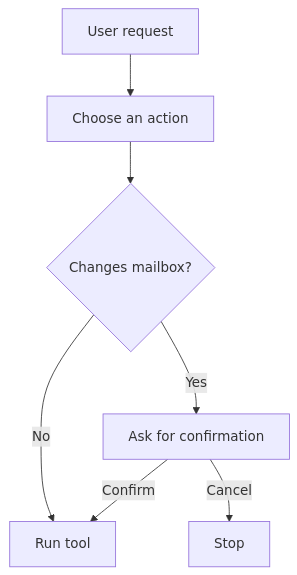
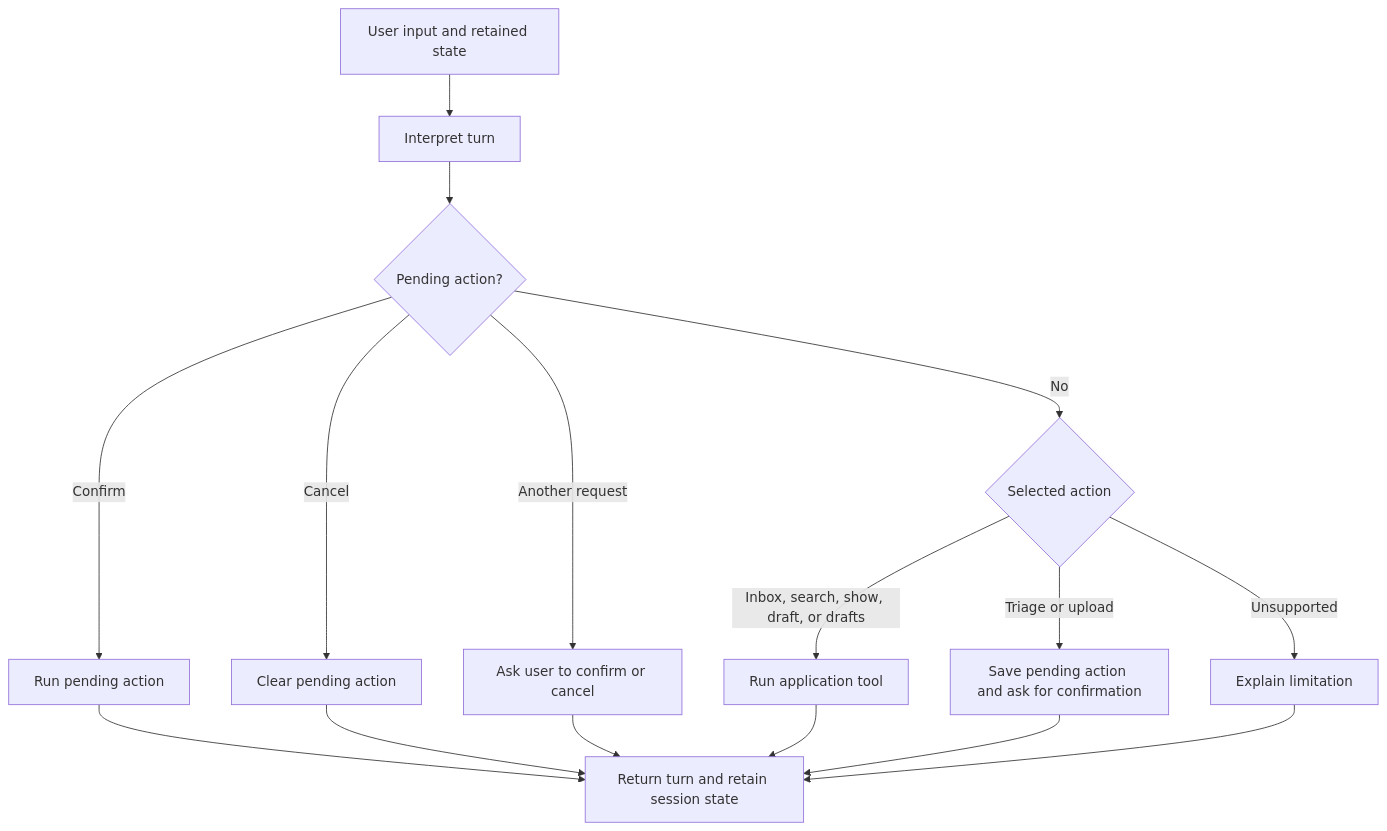
One commit to heratyian/email-agent changed the diagram in README.md. Above: the diagram before and after it, drawn with Mermaid. The commit also changed other lines of this file and 4 other files, not shown here.

````diff
--- a/README.md
+++ b/README.md
@@ -130,9 +46,18 @@
 ```mermaid
 flowchart TD
-    A[User request] --> B[Choose an action]
-    B --> C{Changes mailbox?}
-    C -->|No| D[Run tool]
-    C -->|Yes| E[Ask for confirmation]
-    E -->|Confirm| D
-    E -->|Cancel| F[Stop]
+    A[User input and retained state] --> B[Interpret turn]
+    B --> C{Pending action?}
+    C -->|Confirm| D[Run pending action]
+    C -->|Cancel| E[Clear pending action]
+    C -->|Another request| F[Ask user to confirm or cancel]
+    C -->|No| G{Selected action}
+    G -->|Inbox, search, show, draft, or drafts| H[Run application tool]
+    G -->|Triage or upload| I[Save pending action and ask for confirmation]
+    G -->|Unsupported| J[Explain limitation]
+    D --> K[Return turn and retain session state]
+    E --> K
+    F --> K
+    H --> K
+    I --> K
+    J --> K
 ```
````
